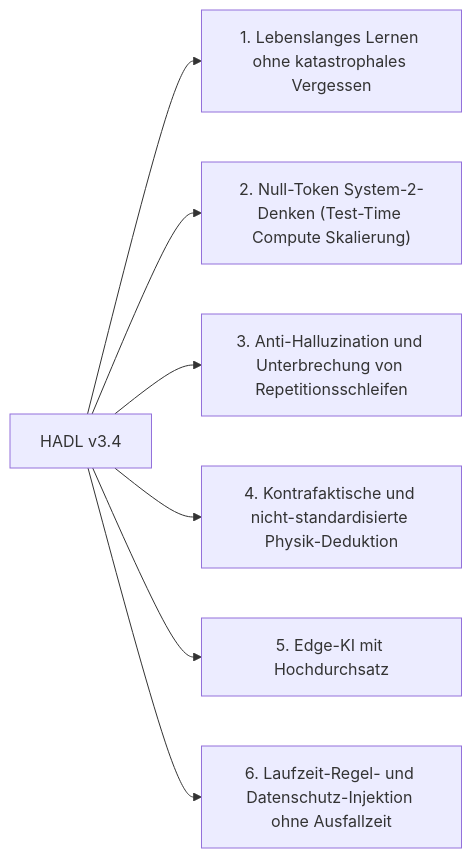
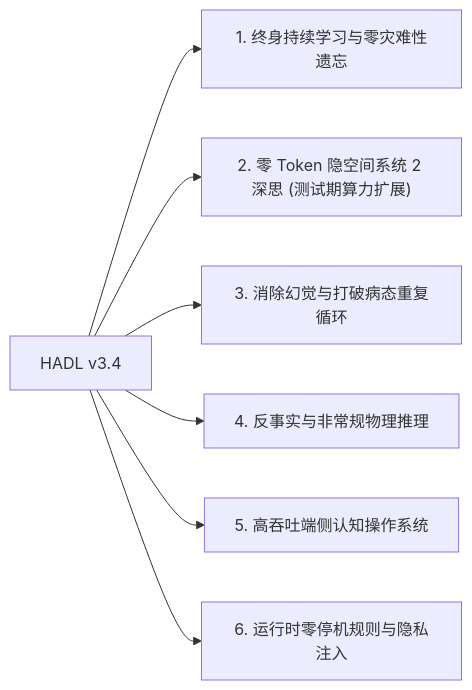
Before and after one commit to Ch3nOff/dual-loop-controller: the diagram in docs/README_de.md, drawn with Mermaid. The commit also changed other lines of this file and 14 other files, not shown here.

Commit message:
feat: add real GPU continual learning benchmark and model architecture reference landscape across all READMEs

````diff
--- a/docs/README_de.md
+++ b/docs/README_de.md
@@ -87,9 +134,9 @@
 ```mermaid
 flowchart LR
-    A["HADL v3.4"] --> B["1. Lebenslanges Lernen ohne katastrophales Vergessen"]
-    A --> C["2. Null-Token System-2-Denken (Test-Time Compute Skalierung)"]
-    A --> D["3. Anti-Halluzination und Unterbrechung von Repetitionsschleifen"]
-    A --> E["4. Kontrafaktische und nicht-standardisierte Physik-Deduktion"]
-    A --> F["5. Edge-KI mit Hochdurchsatz"]
-    A --> G["6. Laufzeit-Regel- und Datenschutz-Injektion ohne Ausfallzeit"]
+    A["HADL v3.4"] --> B["1. 终身持续学习与零灾难性遗忘"]
+    A --> C["2. 零 Token 隐空间系统 2 深思 (测试期算力扩展)"]
+    A --> D["3. 消除幻觉与打破病态重复循环"]
+    A --> E["4. 反事实与非常规物理推理"]
+    A --> F["5. 高吞吐端侧认知操作系统"]
+    A --> G["6. 运行时零停机规则与隐私注入"]
 ```
````
